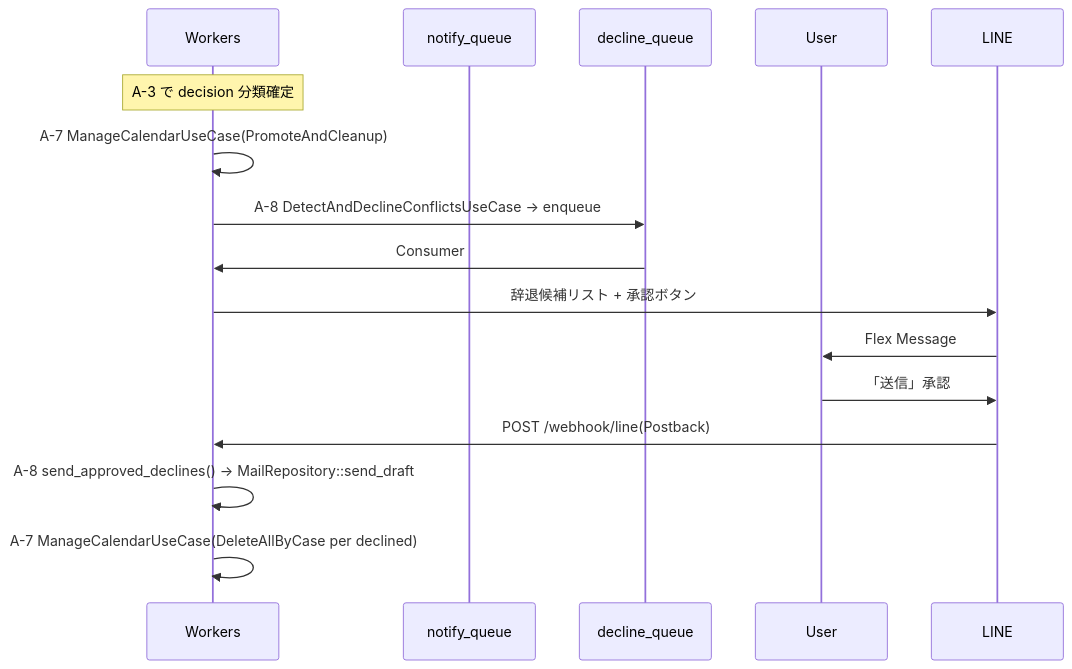
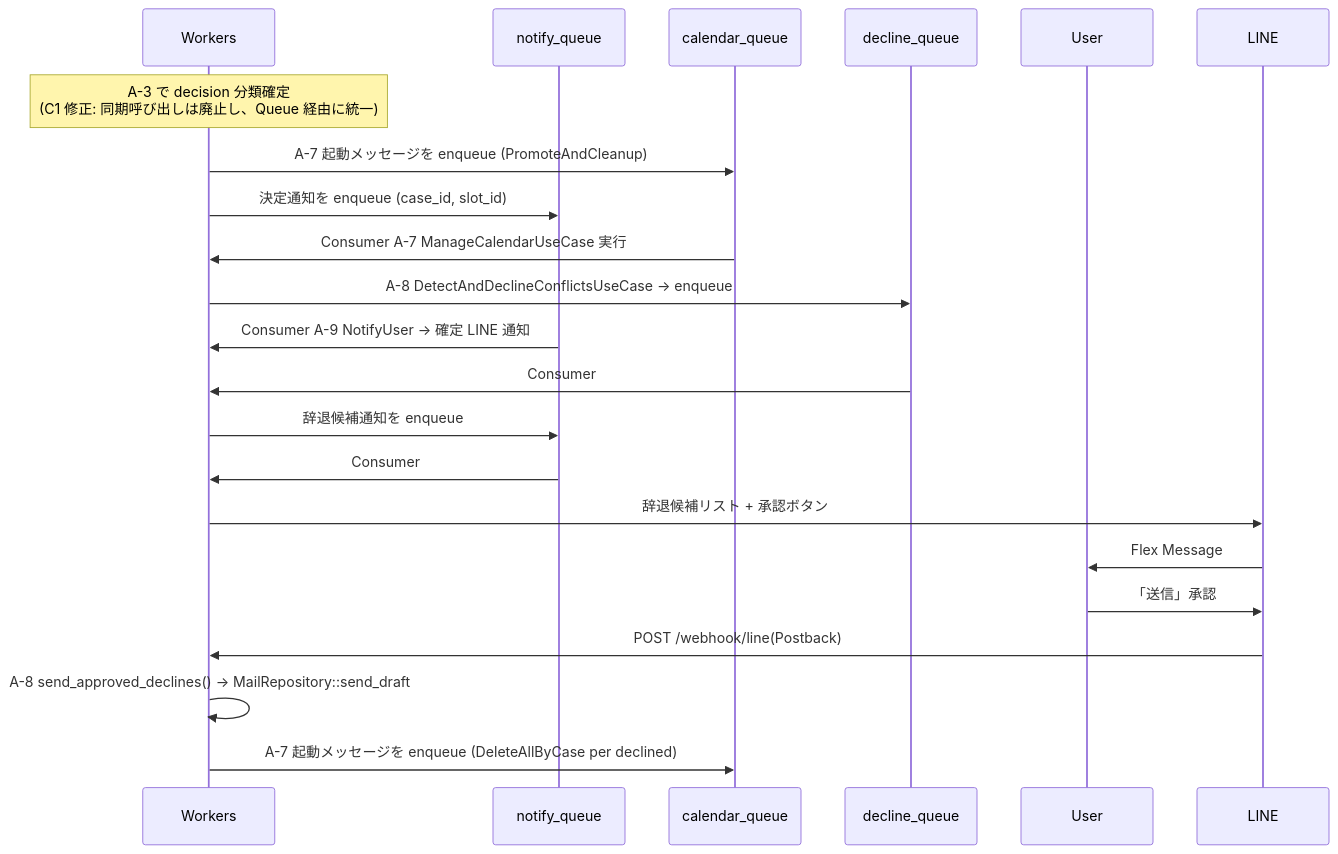
The second of 3 diagrams in aidlc-docs/inception/application-design/services.md (Nudel-LLC/auto-mc-operation), drawn with Mermaid before and after one commit. The commit also changed other lines of this file and 6 other files, not shown here.

````diff
--- a/aidlc-docs/inception/application-design/services.md
+++ b/aidlc-docs/inception/application-design/services.md
@@ -54,19 +55,25 @@
 ```mermaid
 sequenceDiagram
     participant W as Workers
     participant Q5 as notify_queue
+    participant Qcal as calendar_queue
     participant Q6 as decline_queue
     participant U as User
     participant LINE
 
-    Note over W: A-3 で decision 分類確定
-    W->>W: A-7 ManageCalendarUseCase(PromoteAndCleanup)
+    Note over W: A-3 で decision 分類確定<br/>(C1 修正: 同期呼び出しは廃止し、Queue 経由に統一)
+    W->>Qcal: A-7 起動メッセージを enqueue (PromoteAndCleanup)
+    W->>Q5: 決定通知を enqueue (case_id, slot_id)
+    Qcal->>W: Consumer A-7 ManageCalendarUseCase 実行
     W->>Q6: A-8 DetectAndDeclineConflictsUseCase → enqueue
+    Q5->>W: Consumer A-9 NotifyUser → 確定 LINE 通知
     Q6->>W: Consumer
+    W->>Q5: 辞退候補通知を enqueue
+    Q5->>W: Consumer
     W->>LINE: 辞退候補リスト + 承認ボタン
     LINE->>U: Flex Message
     U->>LINE: 「送信」承認
     LINE->>W: POST /webhook/line(Postback)
     W->>W: A-8 send_approved_declines() → MailRepository::send_draft
-    W->>W: A-7 ManageCalendarUseCase(DeleteAllByCase per declined)
+    W->>Qcal: A-7 起動メッセージを enqueue (DeleteAllByCase per declined)
 ```
````
